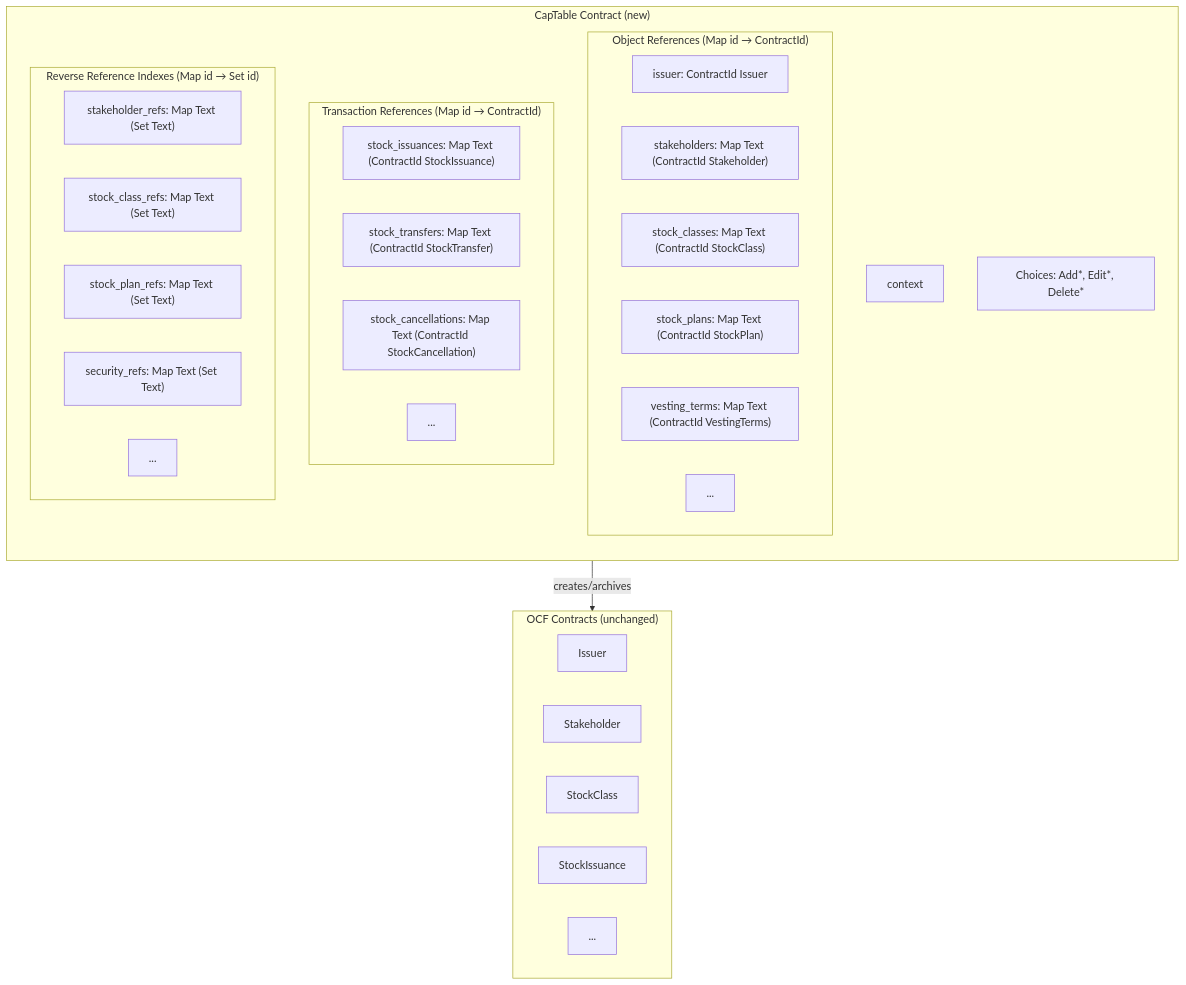
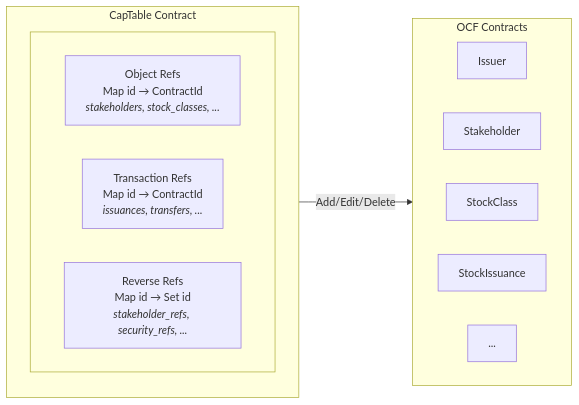
The diagram in docs/adr/002-stateful-issuer-with-position-tracking.md (Fairmint/open-captable-protocol-daml), drawn with Mermaid before and after one commit.

Commit message:
Fix mermaid diagram title overlap

````diff
--- a/docs/adr/002-stateful-issuer-with-position-tracking.md
+++ b/docs/adr/002-stateful-issuer-with-position-tracking.md
@@ -49,43 +49,24 @@
 ```mermaid
-graph TB
-    subgraph CapTable["CapTable Contract (new)"]
+graph LR
+    subgraph CapTable["CapTable Contract"]
         direction TB
-        Meta["context"]
 
-        subgraph Objects["Object References (Map id → ContractId)"]
-            O0["issuer: ContractId Issuer"]
-            O1["stakeholders: Map Text (ContractId Stakeholder)"]
-            O2["stock_classes: Map Text (ContractId StockClass)"]
-            O3["stock_plans: Map Text (ContractId StockPlan)"]
-            O4["vesting_terms: Map Text (ContractId VestingTerms)"]
-            O5["..."]
+        subgraph " "
+            direction LR
+            Objects["Object Refs<br/>Map id → ContractId<br/><i>stakeholders, stock_classes, ...</i>"]
+            Transactions["Transaction Refs<br/>Map id → ContractId<br/><i>issuances, transfers, ...</i>"]
+            ReverseRefs["Reverse Refs<br/>Map id → Set id<br/><i>stakeholder_refs, security_refs, ...</i>"]
         end
-
-        subgraph Transactions["Transaction References (Map id → ContractId)"]
-            T1["stock_issuances: Map Text (ContractId StockIssuance)"]
-            T2["stock_transfers: Map Text (ContractId StockTransfer)"]
-            T3["stock_cancellations: Map Text (ContractId StockCancellation)"]
-            T4["..."]
-        end
-
-        subgraph ReverseRefs["Reverse Reference Indexes (Map id → Set id)"]
-            R1["stakeholder_refs: Map Text (Set Text)"]
-            R2["stock_class_refs: Map Text (Set Text)"]
-            R3["stock_plan_refs: Map Text (Set Text)"]
-            R4["security_refs: Map Text (Set Text)"]
-            R5["..."]
-        end
-
-        Choices["Choices: Add*, Edit*, Delete*"]
     end
 
-    CapTable -->|creates/archives| OCF["OCF Object Contracts"]
+    CapTable -->|"Add/Edit/Delete"| OCF
 
-    subgraph OCF["OCF Contracts (unchanged)"]
-        C0[Issuer]
-        C1[Stakeholder]
-        C2[StockClass]
-        C3[StockIssuance]
-        C4[...]
+    subgraph OCF["OCF Contracts"]
+        direction LR
+        C1[Issuer]
+        C2[Stakeholder]
+        C3[StockClass]
+        C4[StockIssuance]
+        C5[...]
     end
 ```
````
